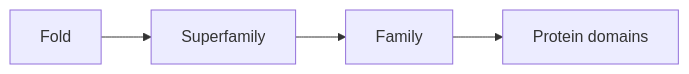
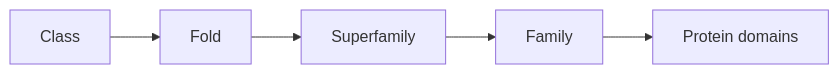
Before and after one commit to Everlyen/Seminar: the second of 2 diagrams in 1_Literature/3_Other papers/Biological structure and function from learning sequences/Biological structure and function from learning sequences.md, drawn with Mermaid. The commit also changed other lines of this file and 11 other files, not shown here.

````diff
--- a/1_Literature/3_Other papers/Biological structure and function from learning sequences/Biological structure and function from learning sequences.md
+++ b/1_Literature/3_Other papers/Biological structure and function from learning sequences/Biological structure and function from learning sequences.md
@@ -55,4 +54,4 @@
 ```mermaid
 graph LR
-  A[Fold] --> B[Superfamily] --> C[Family] --> D[Protein domains]
+  A[Class] --> B[Fold] --> C[Superfamily] --> D[Family] --> E[Protein domains]
 ```
````
